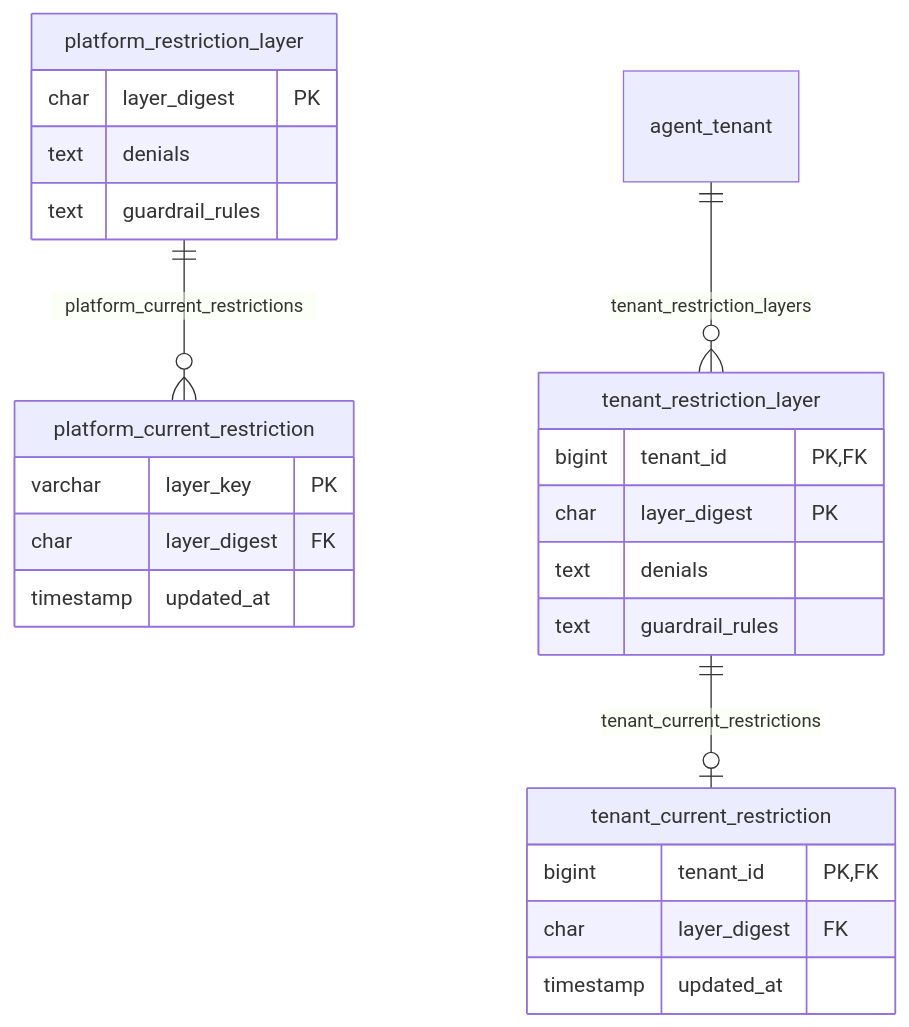
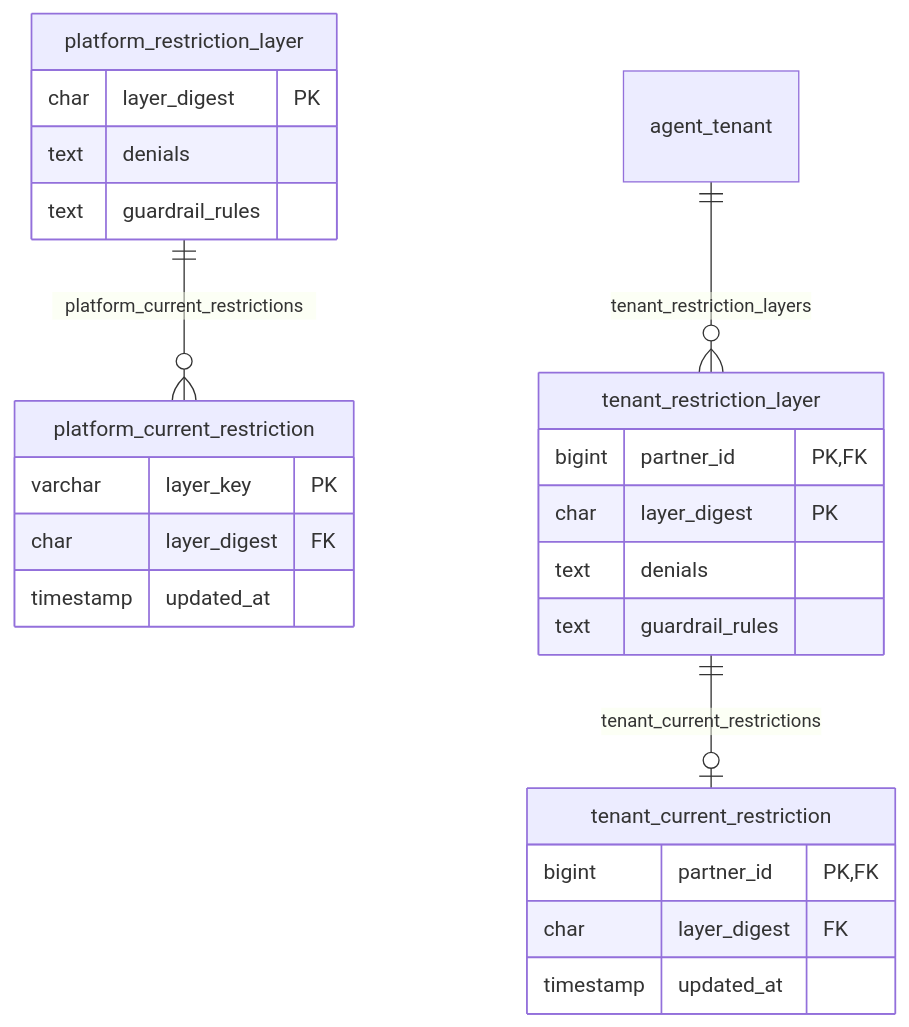
One commit to nauticana/scout changed the ninth of 18 diagrams in doc/database.md. Above: the diagram before and after it, drawn with Mermaid. The commit also changed other lines of this file and 163 other files, not shown here.

Commit message:
Partner-scoped tenant tables, a registration catalog, tenant-aware tool listing

````diff
--- a/doc/database.md
+++ b/doc/database.md
@@ -842,28 +843,28 @@
 ```mermaid
 erDiagram
     platform_restriction_layer ||--o{ platform_current_restriction : platform_current_restrictions
     agent_tenant ||--o{ tenant_restriction_layer : tenant_restriction_layers
     tenant_restriction_layer ||--o| tenant_current_restriction : tenant_current_restrictions
 
     platform_restriction_layer {
         char layer_digest PK
         text denials
         text guardrail_rules
     }
     platform_current_restriction {
         varchar layer_key PK
         char layer_digest FK
         timestamp updated_at
     }
     tenant_restriction_layer {
-        bigint tenant_id PK,FK
+        bigint partner_id PK,FK
         char layer_digest PK
         text denials
         text guardrail_rules
     }
     tenant_current_restriction {
-        bigint tenant_id PK,FK
+        bigint partner_id PK,FK
         char layer_digest FK
         timestamp updated_at
     }
 ```
````
